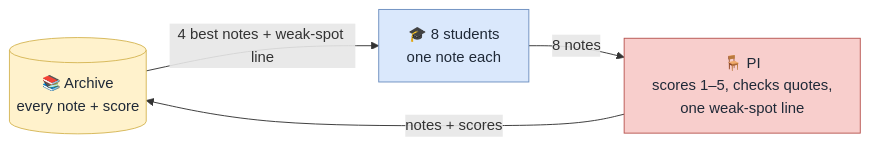
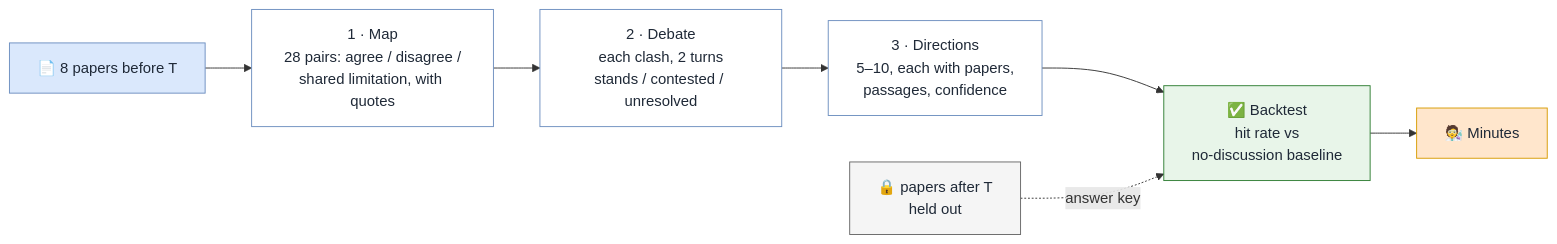
Before and after one commit to jackysiupuichung/temp: the diagram in research/review/organisation_diagram.md, drawn with Mermaid. The commit also changed other lines of this file and 2 other files, not shown here.

First line of the commit message:
Redesign around one goal: where is the field going, backtested

````diff
--- a/research/review/organisation_diagram.md
+++ b/research/review/organisation_diagram.md
@@ -20,20 +23,27 @@
 ```mermaid
 flowchart LR
-    accTitle: One round of the loop
-    accDescr: Students read the four best notes and the PI's weak-spot line from the archive, each writes one note, the PI scores them, and everything is appended to the archive. The archive feeds the next round.
+    accTitle: One night of the club
+    accDescr: Round one maps every pair of before-T papers as agree, disagree, or share a limitation. Round two debates the clashes with verdicts. Round three turns unresolved clashes and shared limitations into five to ten directions with evidence. The backtest scores the directions against the after-T papers.
 
-    archive[("📚 Archive<br/>every note + score")]
-    students["🎓 8 students<br/>one note each"]
-    pi["🪑 PI<br/>scores 1–5, checks quotes,<br/>one weak-spot line"]
+    before["📄 8 papers before T"]
+    r1["1 · Map<br/>28 pairs: agree / disagree /<br/>shared limitation, with quotes"]
+    r2["2 · Debate<br/>each clash, 2 turns<br/>stands / contested / unresolved"]
+    r3["3 · Directions<br/>5–10, each with papers,<br/>passages, confidence"]
+    after["🔒 papers after T<br/>held out"]
+    test["✅ Backtest<br/>hit rate vs<br/>no-discussion baseline"]
+    you["🧑‍🔬 Minutes"]
 
-    archive -- "4 best notes + weak-spot line" --> students
-    students -- "8 notes" --> pi
-    pi -- "notes + scores" --> archive
+    before --> r1 --> r2 --> r3 --> test --> you
+    after -. "answer key" .-> test
 
-    classDef store fill:#fff2cc,stroke:#d6b656,color:#1f2937
-    classDef agents fill:#dae8fc,stroke:#6c8ebf,color:#1f2937
-    classDef chair fill:#f8cecc,stroke:#b85450,color:#1f2937
-    class archive store
-    class students agents
-    class pi chair
+    classDef paper fill:#dae8fc,stroke:#6c8ebf,color:#1f2937
+    classDef round fill:#ffffff,stroke:#6c8ebf,color:#1f2937
+    classDef held fill:#f5f5f5,stroke:#666666,color:#1f2937
+    classDef ok fill:#e8f5e9,stroke:#2e7d32,color:#1f2937
+    classDef person fill:#ffe6cc,stroke:#d79b00,color:#1f2937
+    class before paper
+    class r1,r2,r3 round
+    class after held
+    class test ok
+    class you person
 ```
````
